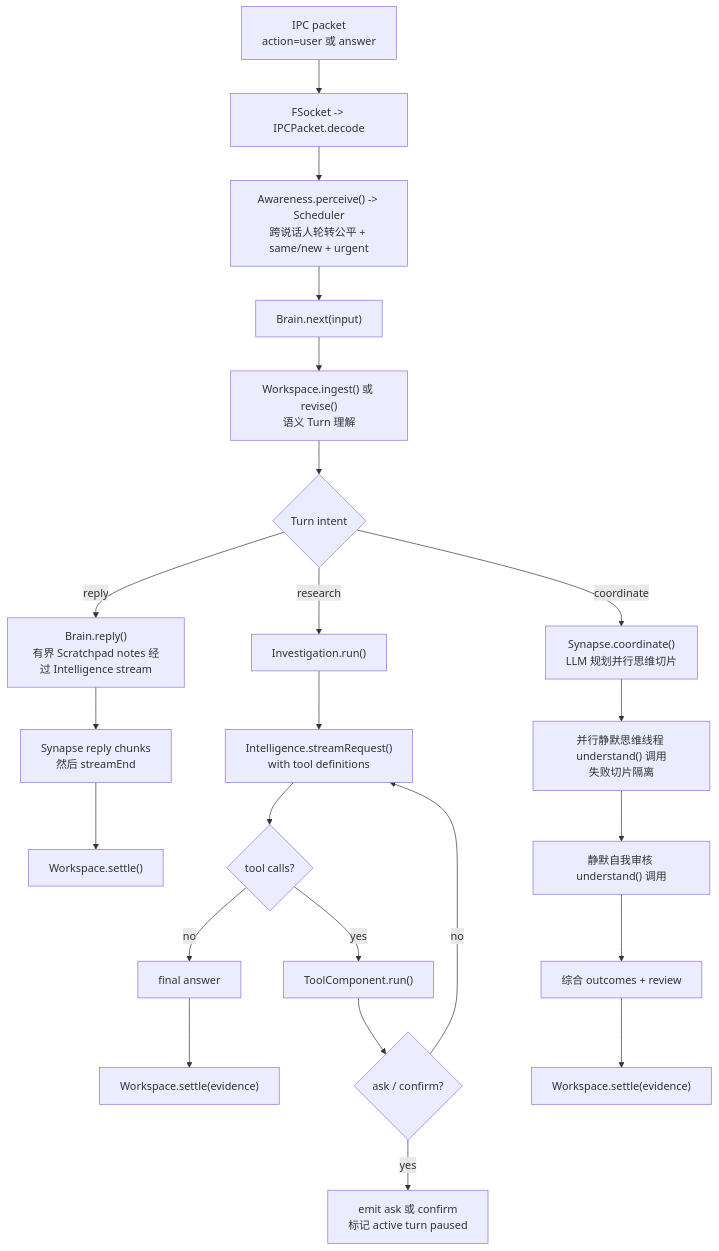
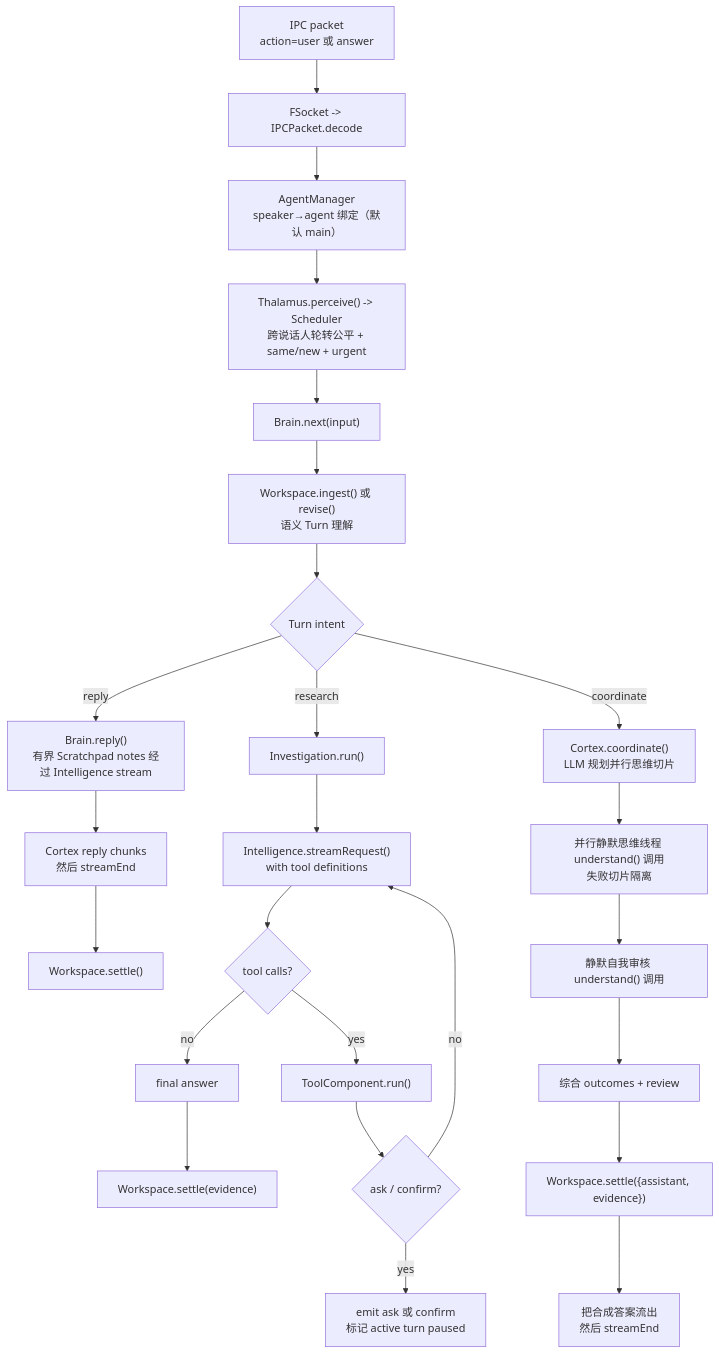
The fourth of 4 diagrams in README.zh.cn.md (flyflor/flyflor), drawn with Mermaid before and after one commit. The commit also changed other lines of this file and 65 other files, not shown here.

````diff
--- a/README.zh.cn.md
+++ b/README.zh.cn.md
@@ -75,28 +94,30 @@
 ```mermaid
 flowchart TD
     User["IPC packet<br/>action=user 或 answer"] --> Decode["FSocket -> IPCPacket.decode"]
-    Decode --> Gate["Awareness.perceive() -> Scheduler<br/>跨说话人轮转公平 + same/new + urgent"]
+    Decode --> Route["AgentManager<br/>speaker→agent 绑定（默认 main）"]
+    Route --> Gate["Thalamus.perceive() -> Scheduler<br/>跨说话人轮转公平 + same/new + urgent"]
     Gate --> AgentNext["Brain.next(input)"]
     AgentNext --> Ingest["Workspace.ingest() 或 revise()<br/>语义 Turn 理解"]
 
     Ingest --> Choice{"Turn intent"}
     Choice -- reply --> Reply["Brain.reply()<br/>有界 Scratchpad notes 经过 Intelligence stream"]
-    Reply --> ReplyOut["Synapse reply chunks<br/>然后 streamEnd"]
+    Reply --> ReplyOut["Cortex reply chunks<br/>然后 streamEnd"]
     ReplyOut --> Settle1["Workspace.settle()"]
 
     Choice -- research --> Research["Investigation.run()"]
     Research --> LlmTools["Intelligence.streamRequest()<br/>with tool definitions"]
     LlmTools --> HasAction{"tool calls?"}
     HasAction -- no --> FinalAnswer["final answer"]
     HasAction -- yes --> RunTool["ToolComponent.run()"]
     RunTool --> Pause{"ask / confirm?"}
     Pause -- yes --> UserPause["emit ask 或 confirm<br/>标记 active turn paused"]
     Pause -- no --> LlmTools
     FinalAnswer --> Settle2["Workspace.settle(evidence)"]
 
-    Choice -- coordinate --> Coordinate["Synapse.coordinate()<br/>LLM 规划并行思维切片"]
+    Choice -- coordinate --> Coordinate["Cortex.coordinate()<br/>LLM 规划并行思维切片"]
     Coordinate --> Workers["并行静默思维线程 understand() 调用<br/>失败切片隔离"]
     Workers --> Review["静默自我审核 understand() 调用"]
     Review --> Synthesis["综合 outcomes + review"]
-    Synthesis --> Settle4["Workspace.settle(evidence)"]
+    Synthesis --> Settle4["Workspace.settle({assistant, evidence})"]
+    Settle4 --> CoordOut["把合成答案流出<br/>然后 streamEnd"]
 ```
````
